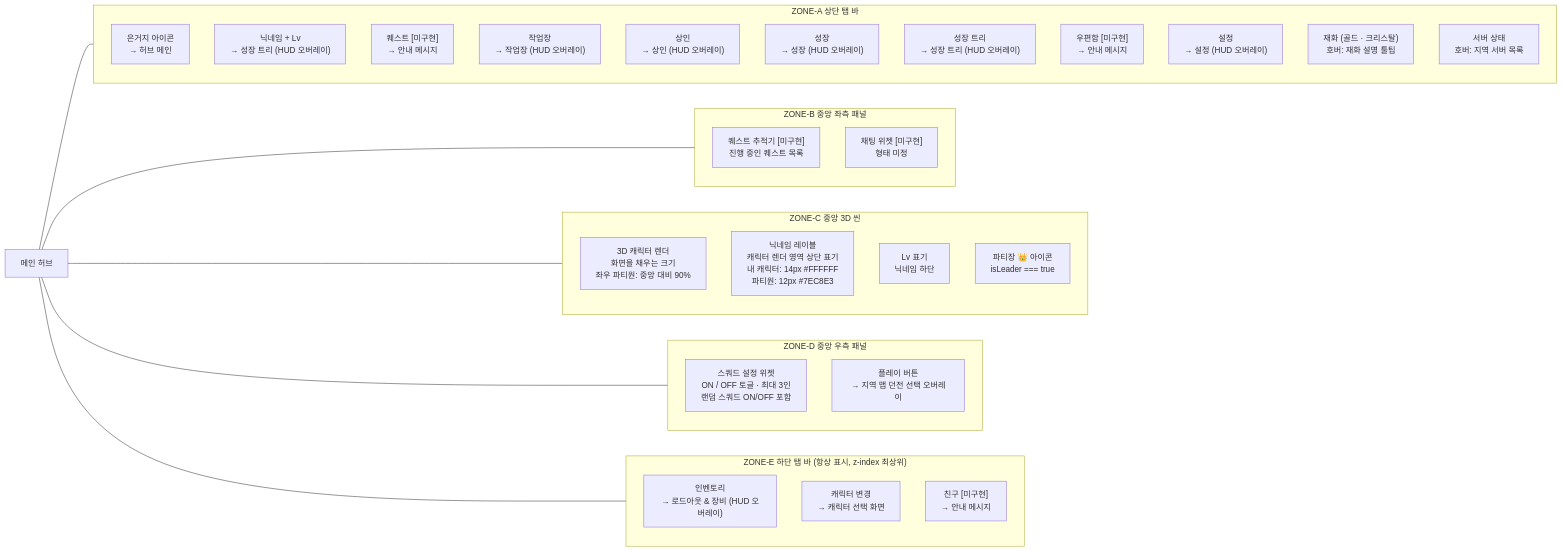
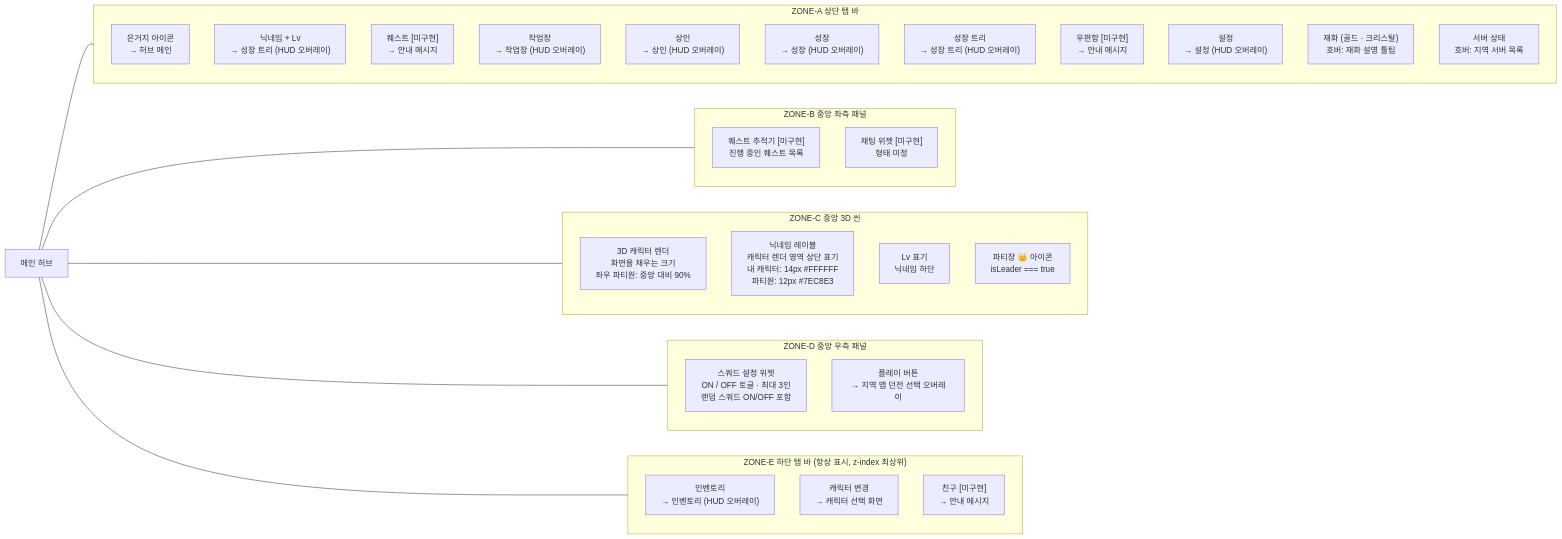
The second of 6 diagrams in structure.md (dla9556/DE_Hideout), drawn with Mermaid before and after one commit. The commit also changed other lines of this file and 5 other files, not shown here.

First line of the commit message:
refactor: '로드아웃 & 장비' 명칭을 '인벤토리'로 전체 통일

````diff
--- a/structure.md
+++ b/structure.md
@@ -71,47 +71,47 @@
 ```mermaid
 flowchart LR
     HUB["메인 허브"]
 
     subgraph ZONE_A["ZONE-A  상단 탭 바"]
         A1["은거지 아이콘\n→ 허브 메인"]
         A2["닉네임 + Lv\n→ 성장 트리 (HUD 오버레이)"]
         A3["퀘스트 [미구현]\n→ 안내 메시지"]
         A4["작업장\n→ 작업장 (HUD 오버레이)"]
         A5["상인\n→ 상인 (HUD 오버레이)"]
         A6["성장\n→ 성장 (HUD 오버레이)"]
         A6B["성장 트리\n→ 성장 트리 (HUD 오버레이)"]
         A7["우편함 [미구현]\n→ 안내 메시지"]
         A8["설정\n→ 설정 (HUD 오버레이)"]
         A9["재화 (골드 · 크리스탈)\n호버: 재화 설명 툴팁"]
         A10["서버 상태\n호버: 지역 서버 목록"]
     end
 
     subgraph ZONE_B["ZONE-B  중앙 좌측 패널"]
         B1["퀘스트 추적기 [미구현]\n진행 중인 퀘스트 목록"]
         B2["채팅 위젯 [미구현]\n형태 미정"]
     end
 
     subgraph ZONE_C["ZONE-C  중앙 3D 씬"]
         C1["3D 캐릭터 렌더\n화면을 채우는 크기\n좌우 파티원: 중앙 대비 90%"]
         C2["닉네임 레이블\n캐릭터 렌더 영역 상단 표기\n내 캐릭터: 14px #FFFFFF\n파티원: 12px #7EC8E3"]
         C3["Lv 표기\n닉네임 하단"]
         C4["파티장 👑 아이콘\nisLeader === true"]
     end
 
     subgraph ZONE_D["ZONE-D  중앙 우측 패널"]
         D1["스쿼드 설정 위젯\nON / OFF 토글 · 최대 3인\n랜덤 스쿼드 ON/OFF 포함"]
         D2["플레이 버튼\n→ 지역 맵 던전 선택 오버레이"]
     end
 
     subgraph ZONE_E["ZONE-E  하단 탭 바 (항상 표시, z-index 최상위)"]
-        E1["인벤토리\n→ 로드아웃 & 장비 (HUD 오버레이)"]
+        E1["인벤토리\n→ 인벤토리 (HUD 오버레이)"]
         E2["캐릭터 변경\n→ 캐릭터 선택 화면"]
         E3["친구 [미구현]\n→ 안내 메시지"]
     end
 
     HUB --- ZONE_A
     HUB --- ZONE_B
     HUB --- ZONE_C
     HUB --- ZONE_D
     HUB --- ZONE_E
 ```
````
